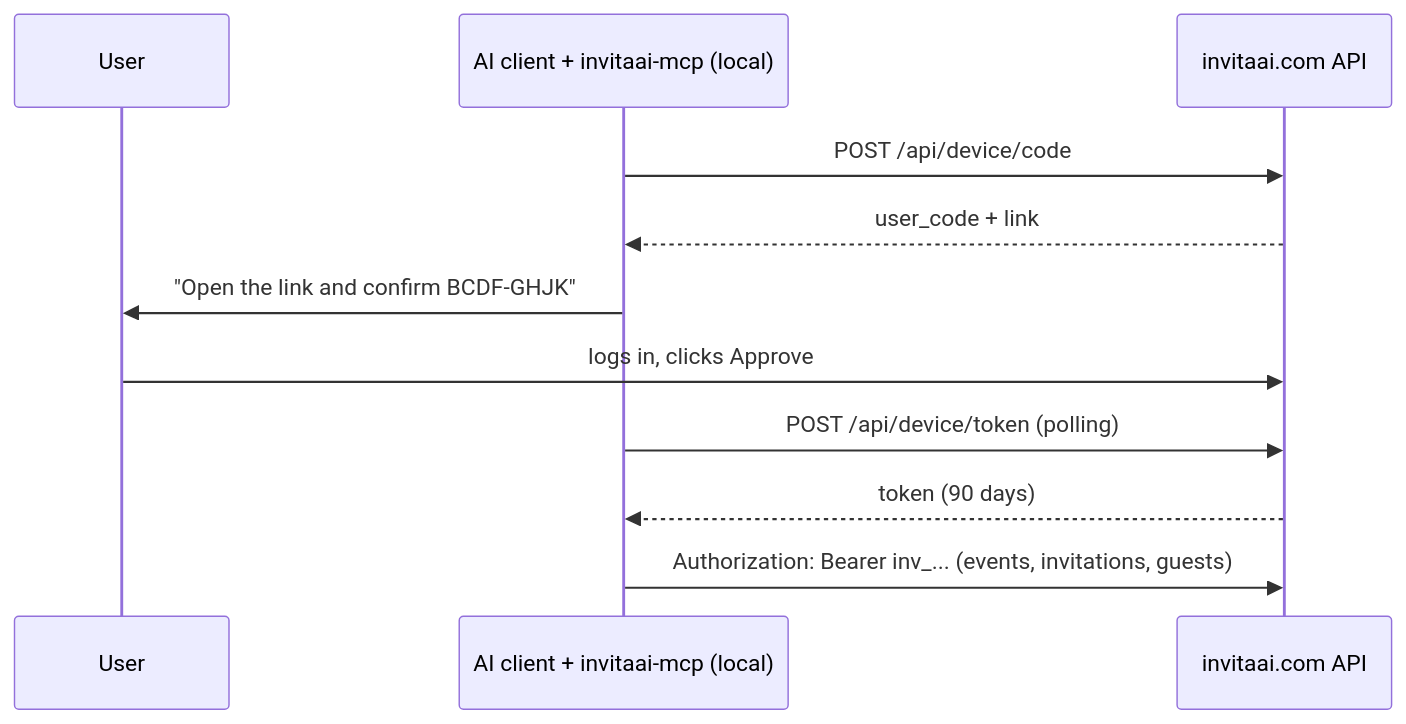
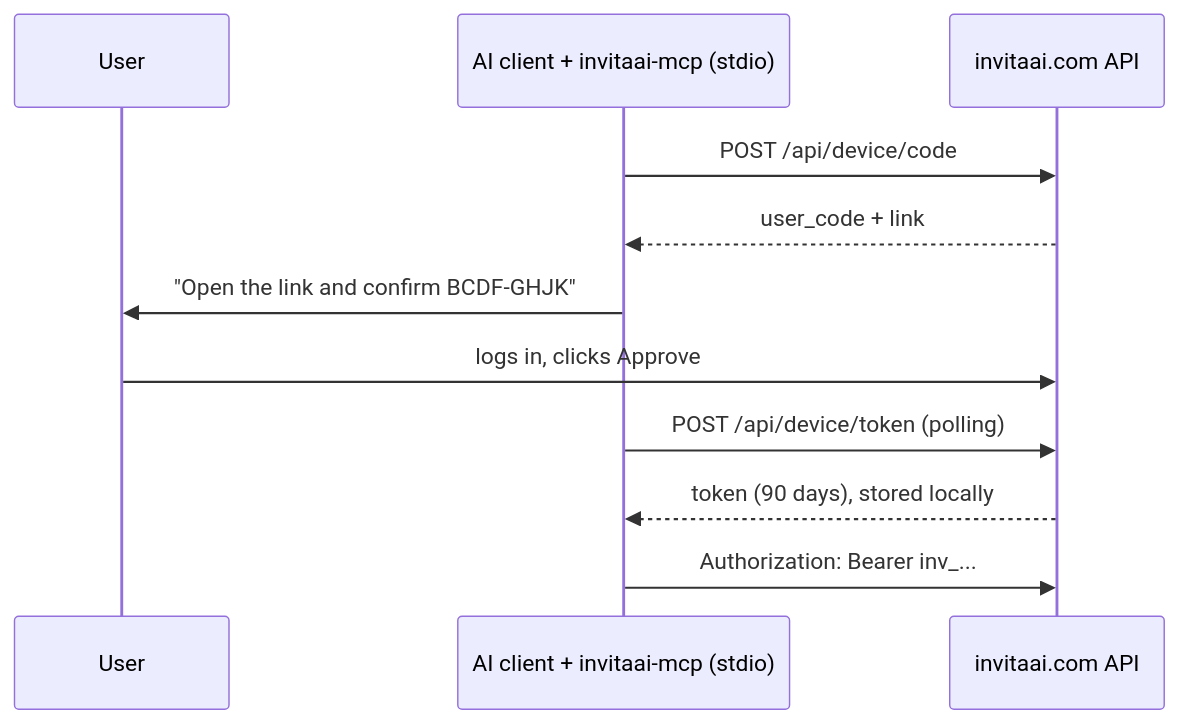
One commit to David-Solano/invitaai-mcp changed the second of 2 diagrams in README.md. Above: the diagram before and after it, drawn with Mermaid. The commit also changed other lines of this file, not shown here.

````diff
--- a/README.md
+++ b/README.md
@@ -10,13 +40,13 @@
 ```mermaid
 sequenceDiagram
     participant U as User
-    participant A as AI client + invitaai-mcp (local)
+    participant A as AI client + invitaai-mcp (stdio)
     participant API as invitaai.com API
     A->>API: POST /api/device/code
     API-->>A: user_code + link
     A->>U: "Open the link and confirm BCDF-GHJK"
     U->>API: logs in, clicks Approve
     A->>API: POST /api/device/token (polling)
-    API-->>A: token (90 days)
-    A->>API: Authorization: Bearer inv_... (events, invitations, guests)
+    API-->>A: token (90 days), stored locally
+    A->>API: Authorization: Bearer inv_...
 ```
````
